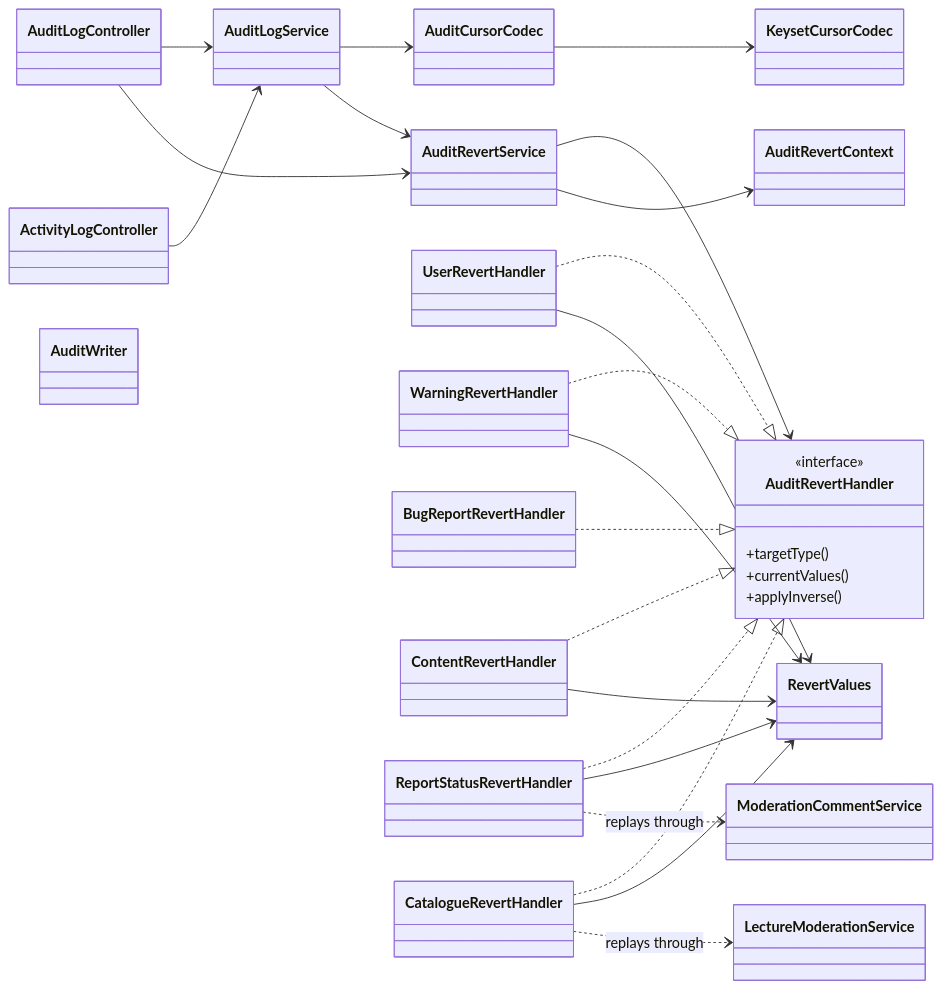
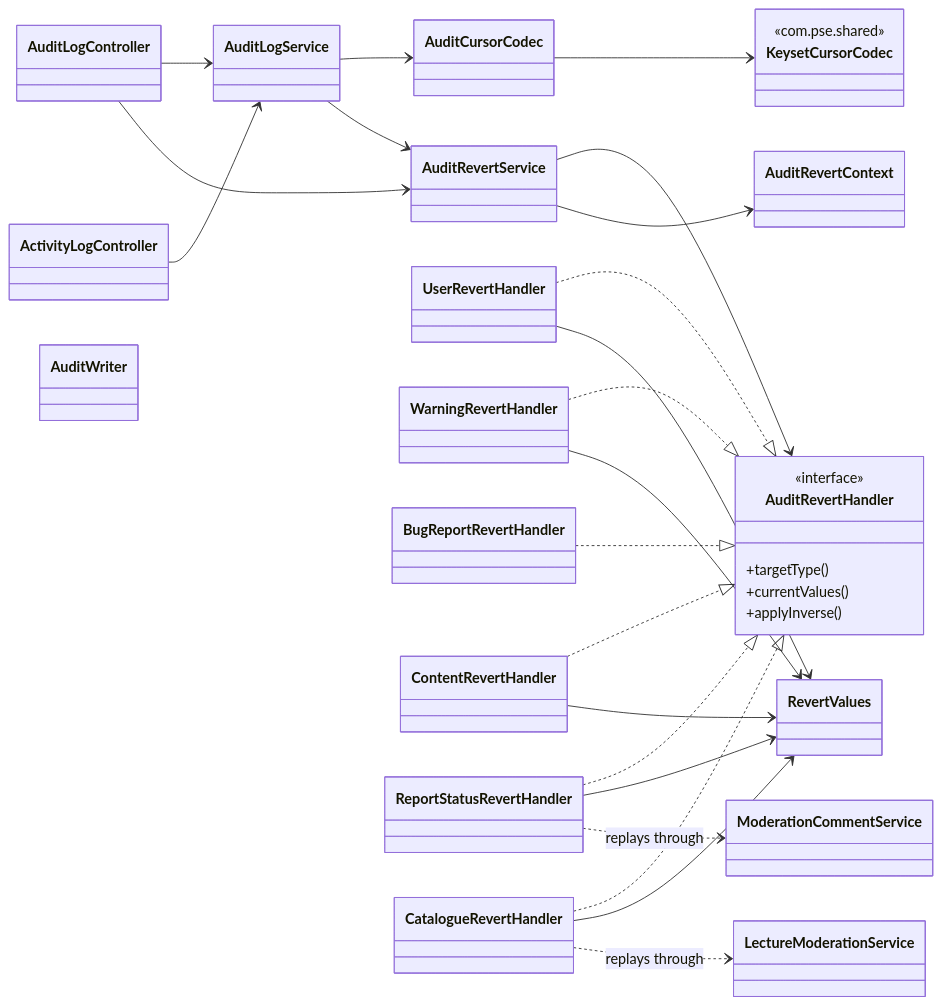
Before and after one commit to AlparslanSemiz/rate-my-professor: the fourth of 6 diagrams in backend/docs/class-diagrams.md, drawn with Mermaid. The commit also changed other lines of this file and 10 other files, not shown here.

````diff
--- a/backend/docs/class-diagrams.md
+++ b/backend/docs/class-diagrams.md
@@ -241,52 +257,54 @@
 ```mermaid
 classDiagram
     direction LR
 
     class AuditLogController
     class ActivityLogController
     class AuditLogService
     class AuditWriter
     class AuditCursorCodec
-    class KeysetCursorCodec
+    class KeysetCursorCodec {
+        <<com.pse.shared>>
+    }
     class AuditRevertService
     class RevertValues
     class AuditRevertContext
 
     class AuditRevertHandler {
         <<interface>>
         +targetType()
         +currentValues()
         +applyInverse()
     }
     class UserRevertHandler
     class WarningRevertHandler
     class BugReportRevertHandler
     class ContentRevertHandler
     class ReportStatusRevertHandler
     class CatalogueRevertHandler
 
     AuditLogController --> AuditLogService
     AuditLogController --> AuditRevertService
     ActivityLogController --> AuditLogService
     AuditLogService --> AuditCursorCodec
     AuditLogService --> AuditRevertService
     AuditCursorCodec --> KeysetCursorCodec
 
     AuditRevertService --> AuditRevertHandler
     AuditRevertService --> AuditRevertContext
     UserRevertHandler ..|> AuditRevertHandler
     WarningRevertHandler ..|> AuditRevertHandler
     BugReportRevertHandler ..|> AuditRevertHandler
     ContentRevertHandler ..|> AuditRevertHandler
     ReportStatusRevertHandler ..|> AuditRevertHandler
     CatalogueRevertHandler ..|> AuditRevertHandler
 
     UserRevertHandler --> RevertValues
     WarningRevertHandler --> RevertValues
     ContentRevertHandler --> RevertValues
     ReportStatusRevertHandler --> RevertValues
     CatalogueRevertHandler --> RevertValues
 
     ReportStatusRevertHandler ..> ModerationCommentService : replays through
     CatalogueRevertHandler ..> LectureModerationService : replays through
 ```
````
